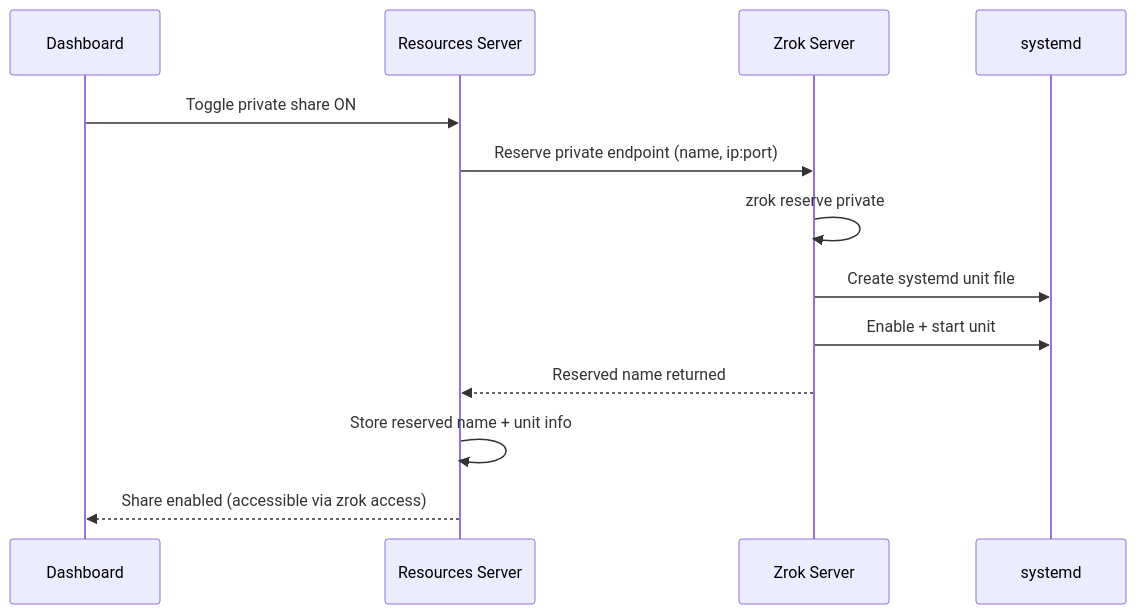
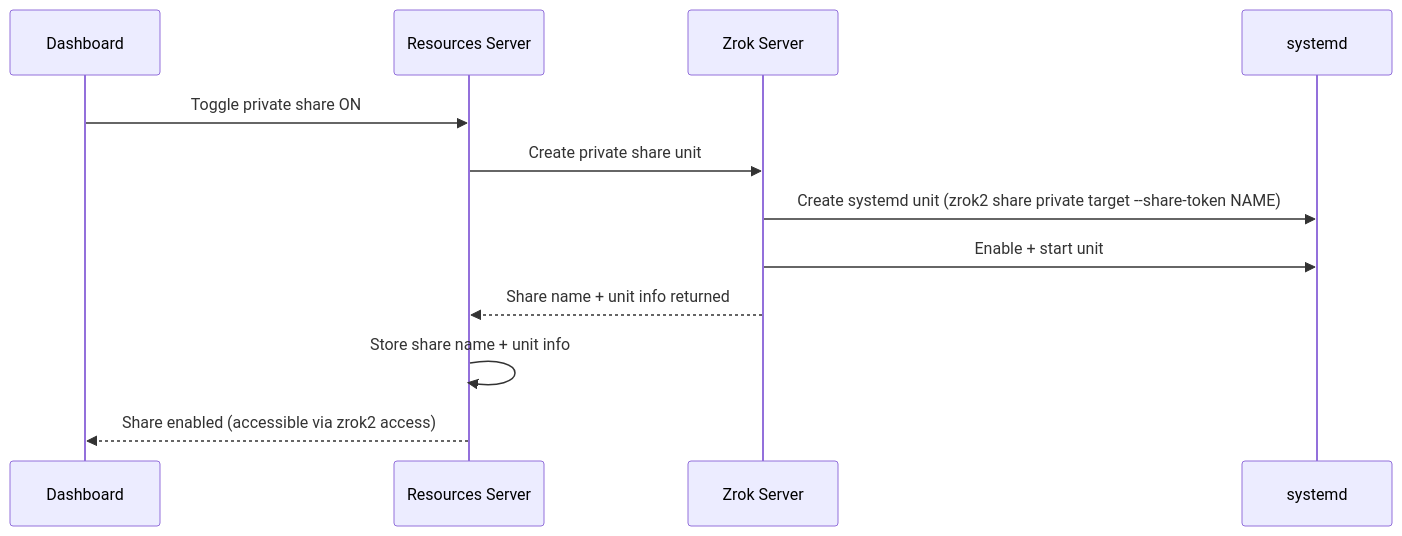
One commit to toreanjoel/tunneld changed the third of 4 diagrams in docs/resource-lifecycle.md. Above: the diagram before and after it, drawn with Mermaid. The commit also changed other lines of this file and 7 other files, not shown here.

````diff
--- a/docs/resource-lifecycle.md
+++ b/docs/resource-lifecycle.md
@@ -45,16 +45,15 @@
 ```mermaid
 sequenceDiagram
     participant User as Dashboard
     participant Res as Resources Server
     participant Zrok as Zrok Server
     participant Sys as systemd
 
     User->>Res: Toggle private share ON
-    Res->>Zrok: Reserve private endpoint (name, ip:port)
-    Zrok->>Zrok: zrok reserve private
-    Zrok->>Sys: Create systemd unit file
+    Res->>Zrok: Create private share unit
+    Zrok->>Sys: Create systemd unit (zrok2 share private target --share-token NAME)
     Zrok->>Sys: Enable + start unit
-    Zrok-->>Res: Reserved name returned
-    Res->>Res: Store reserved name + unit info
-    Res-->>User: Share enabled (accessible via zrok access)
+    Zrok-->>Res: Share name + unit info returned
+    Res->>Res: Store share name + unit info
+    Res-->>User: Share enabled (accessible via zrok2 access)
 ```
````
